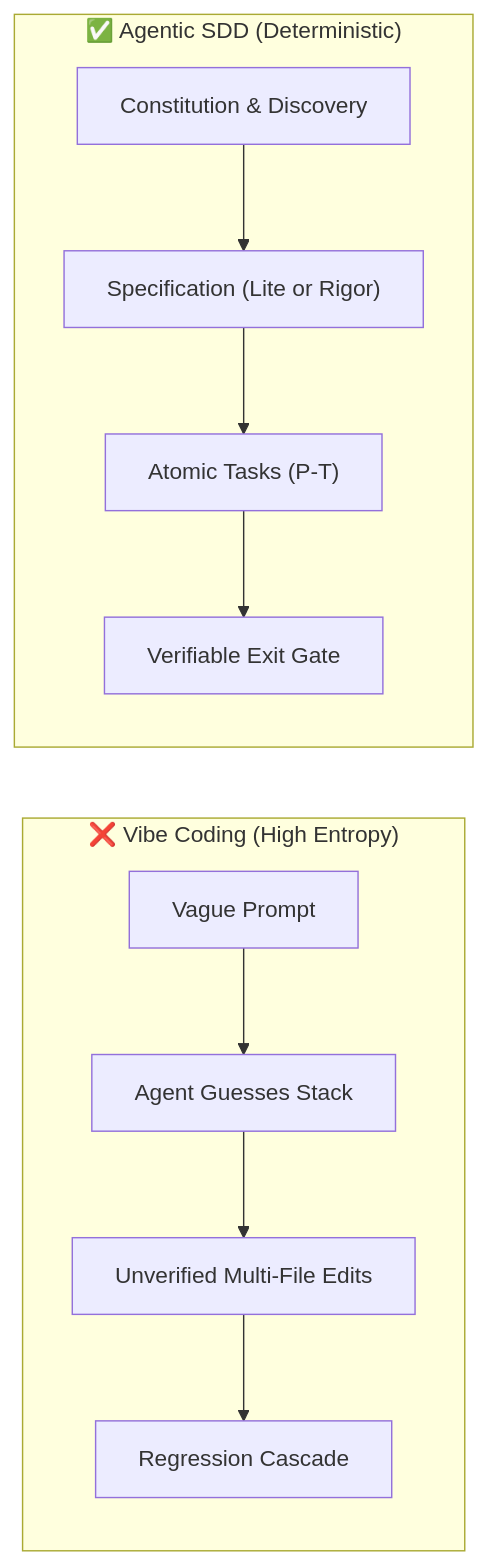
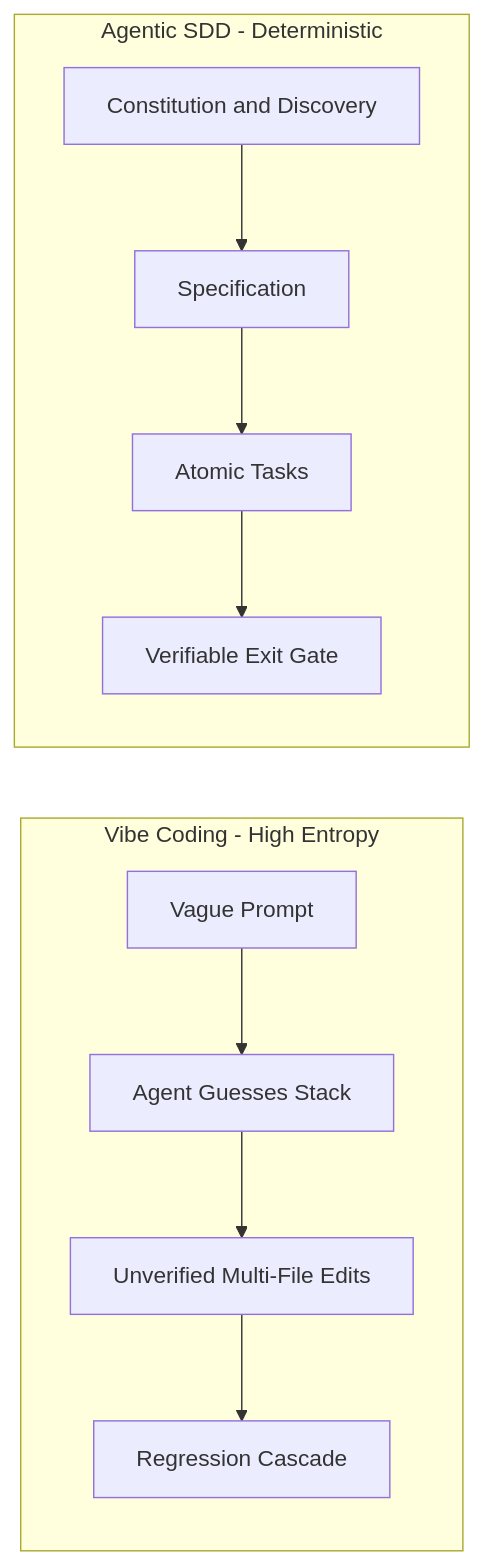
One commit to tBeltty/agentic-sdd-framework changed the first of 2 diagrams in README.md. Above: the diagram before and after it, drawn with Mermaid. The commit also changed other lines of this file and 1 other file, not shown here.

Commit message:
fix: resolve mermaid github render syntax and ci git identity in quality gate

````diff
--- a/README.md
+++ b/README.md
@@ -15,14 +15,14 @@
 ```mermaid
-flowchart LR
-    subgraph VibeCoding["❌ Vibe Coding (High Entropy)"]
-        V1["Vague Prompt"] --> V2["Agent Guesses Stack"]
-        V2 --> V3["Unverified Multi-File Edits"]
-        V3 --> V4["Regression Cascade"]
+graph LR
+    subgraph VibeCoding [Vibe Coding - High Entropy]
+        V1[Vague Prompt] --> V2[Agent Guesses Stack]
+        V2 --> V3[Unverified Multi-File Edits]
+        V3 --> V4[Regression Cascade]
     end
 
-    subgraph AgenticSDD["✅ Agentic SDD (Deterministic)"]
-        S1["Constitution & Discovery"] --> S2["Specification (Lite or Rigor)"]
-        S2 --> S3["Atomic Tasks (P-T)"]
-        S3 --> S4["Verifiable Exit Gate"]
+    subgraph AgenticSDD [Agentic SDD - Deterministic]
+        S1[Constitution and Discovery] --> S2[Specification]
+        S2 --> S3[Atomic Tasks]
+        S3 --> S4[Verifiable Exit Gate]
     end
 ```
````
